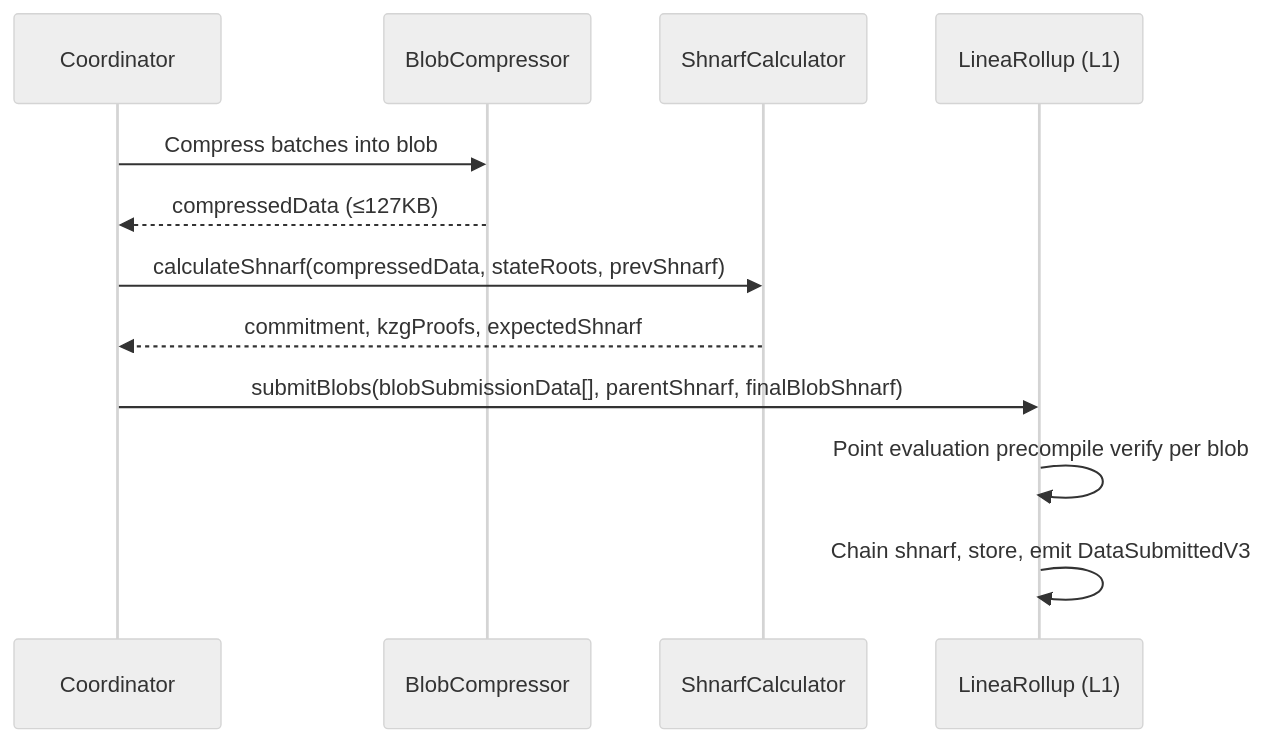
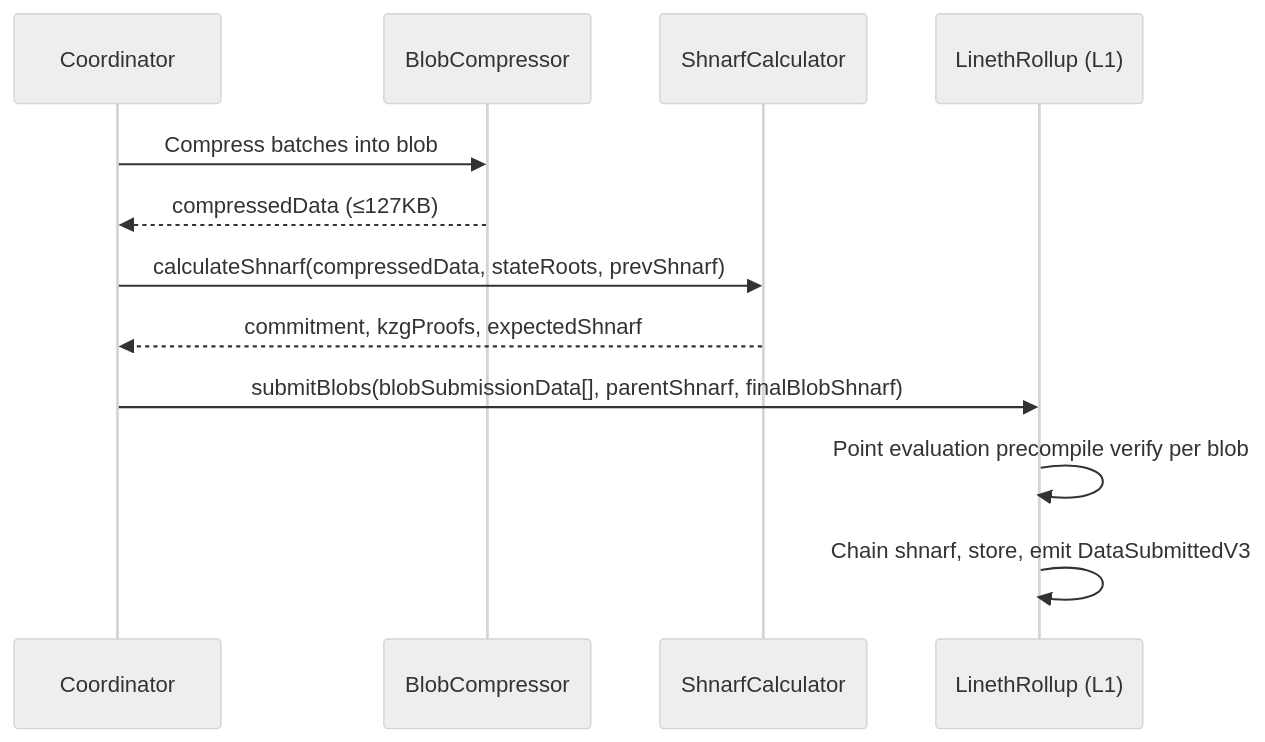
Before and after one commit to LFDT-Lineth/lineth-monorepo: the first of 2 diagrams in docs/features/rollup.md, drawn with Mermaid (neutral theme). The commit also changed other lines of this file and 248 other files, not shown here.

First line of the commit message:
chore(contracts): rename LineaRollup to LinethRollup

````diff
--- a/docs/features/rollup.md
+++ b/docs/features/rollup.md
@@ -76,15 +76,15 @@
 ```mermaid
 sequenceDiagram
     participant Coord as Coordinator
     participant Comp as BlobCompressor
     participant Shnarf as ShnarfCalculator
-    participant L1 as LineaRollup (L1)
+    participant L1 as LinethRollup (L1)
 
     Coord->>Comp: Compress batches into blob
     Comp-->>Coord: compressedData (≤127KB)
     Coord->>Shnarf: calculateShnarf(compressedData, stateRoots, prevShnarf)
     Shnarf-->>Coord: commitment, kzgProofs, expectedShnarf
     Coord->>L1: submitBlobs(blobSubmissionData[], parentShnarf, finalBlobShnarf)
     L1->>L1: Point evaluation precompile verify per blob
     L1->>L1: Chain shnarf, store, emit DataSubmittedV3
 ```
````
